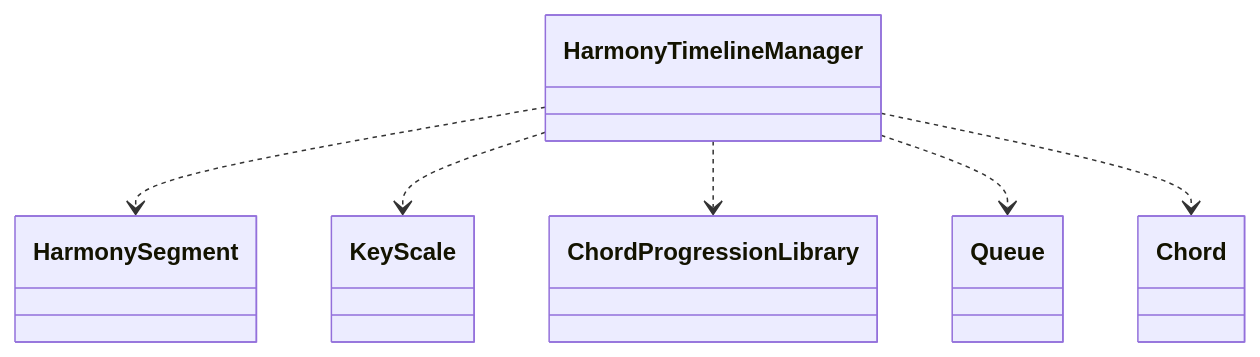
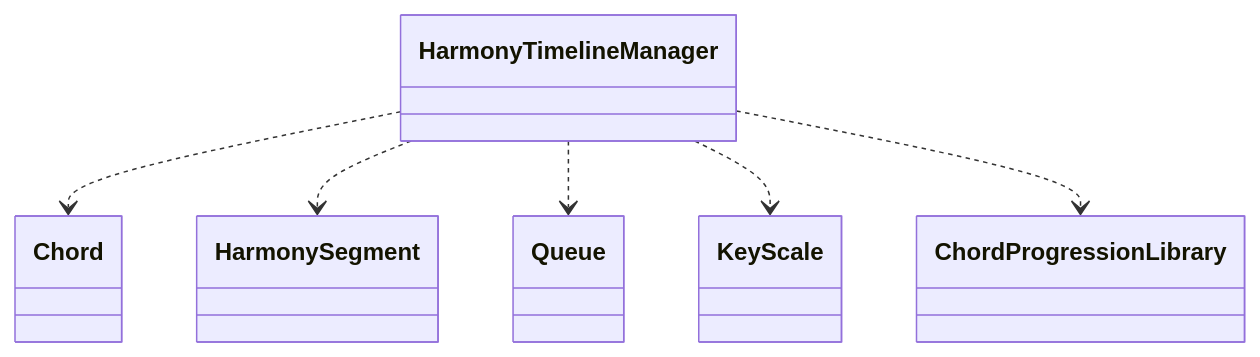
Before and after one commit to schnock-art/project_inspector: the eighth of 39 diagrams in test/test.md, drawn with Mermaid. The commit also changed other lines of this file and 3 other files, not shown here.

````diff
--- a/test/test.md
+++ b/test/test.md
@@ -252,8 +249,8 @@
 ```mermaid
 classDiagram
+HarmonyTimelineManager ..> Chord
 HarmonyTimelineManager ..> HarmonySegment
+HarmonyTimelineManager ..> Queue
 HarmonyTimelineManager ..> KeyScale
 HarmonyTimelineManager ..> ChordProgressionLibrary
-HarmonyTimelineManager ..> Queue
-HarmonyTimelineManager ..> Chord
 ```
````
